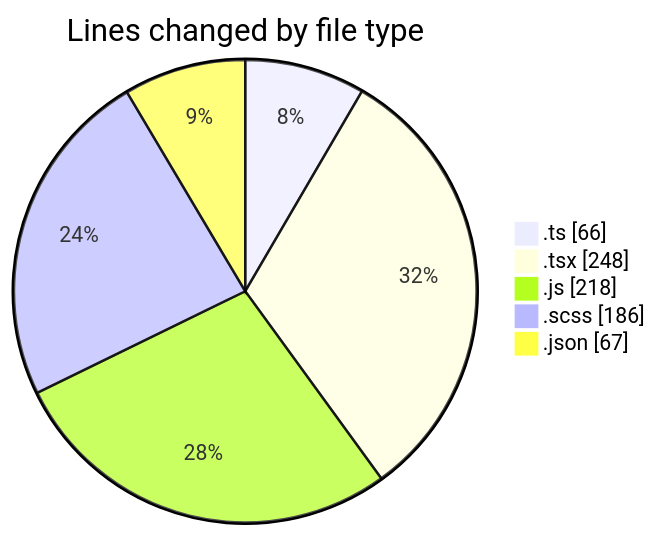
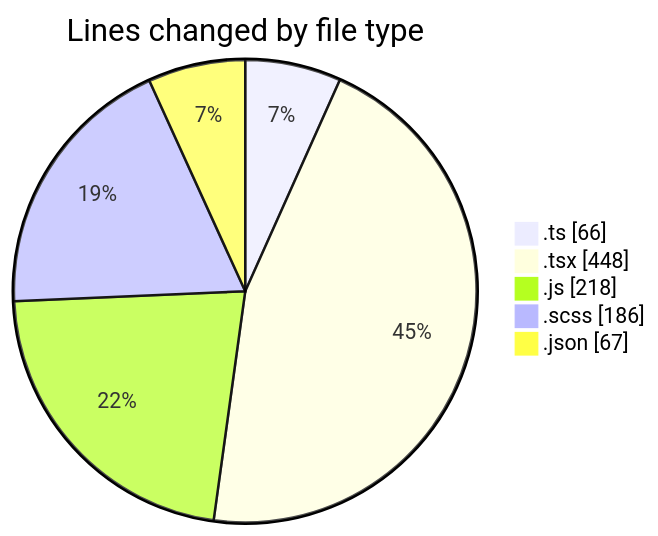
Before and after one commit to momahboobian/code-tracking: the first of 2 diagrams in 2026-05-08/cda/README.md, drawn with Mermaid. The commit also changed other lines of this file and 1 other file, not shown here.

````diff
--- a/2026-05-08/cda/README.md
+++ b/2026-05-08/cda/README.md
@@ -32,9 +33,9 @@
 ```mermaid
 pie showData
 title Lines changed by file type
 ".ts" : 66
-".tsx" : 248
+".tsx" : 448
 ".js" : 218
 ".scss" : 186
 ".json" : 67
 ```
````
